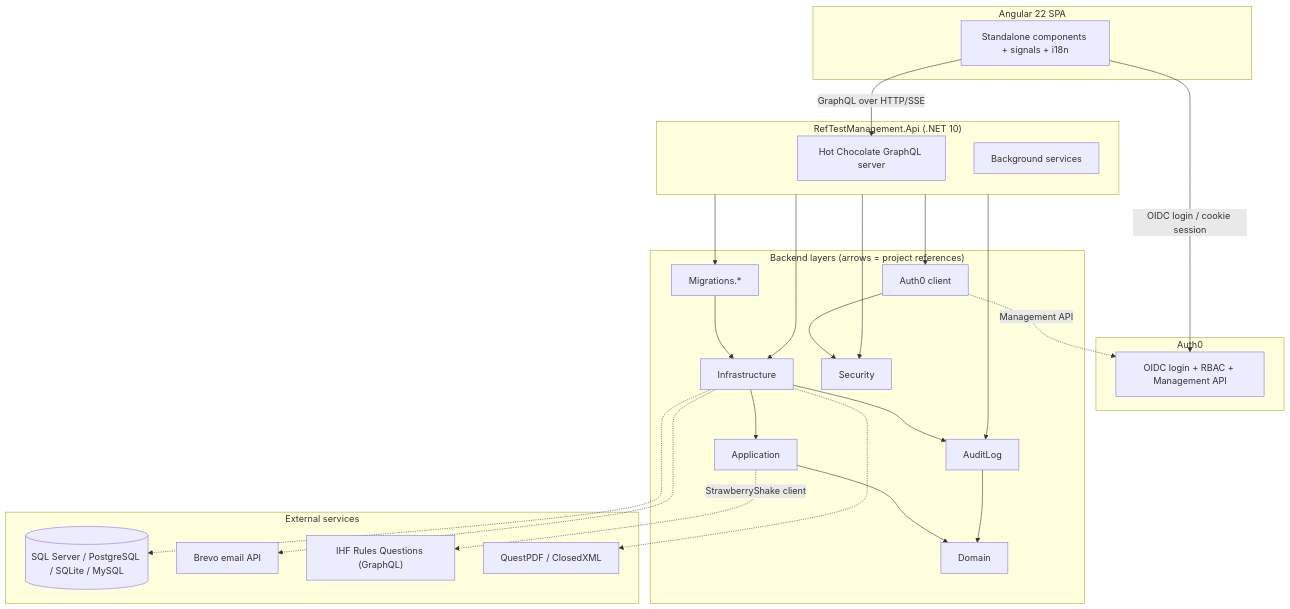
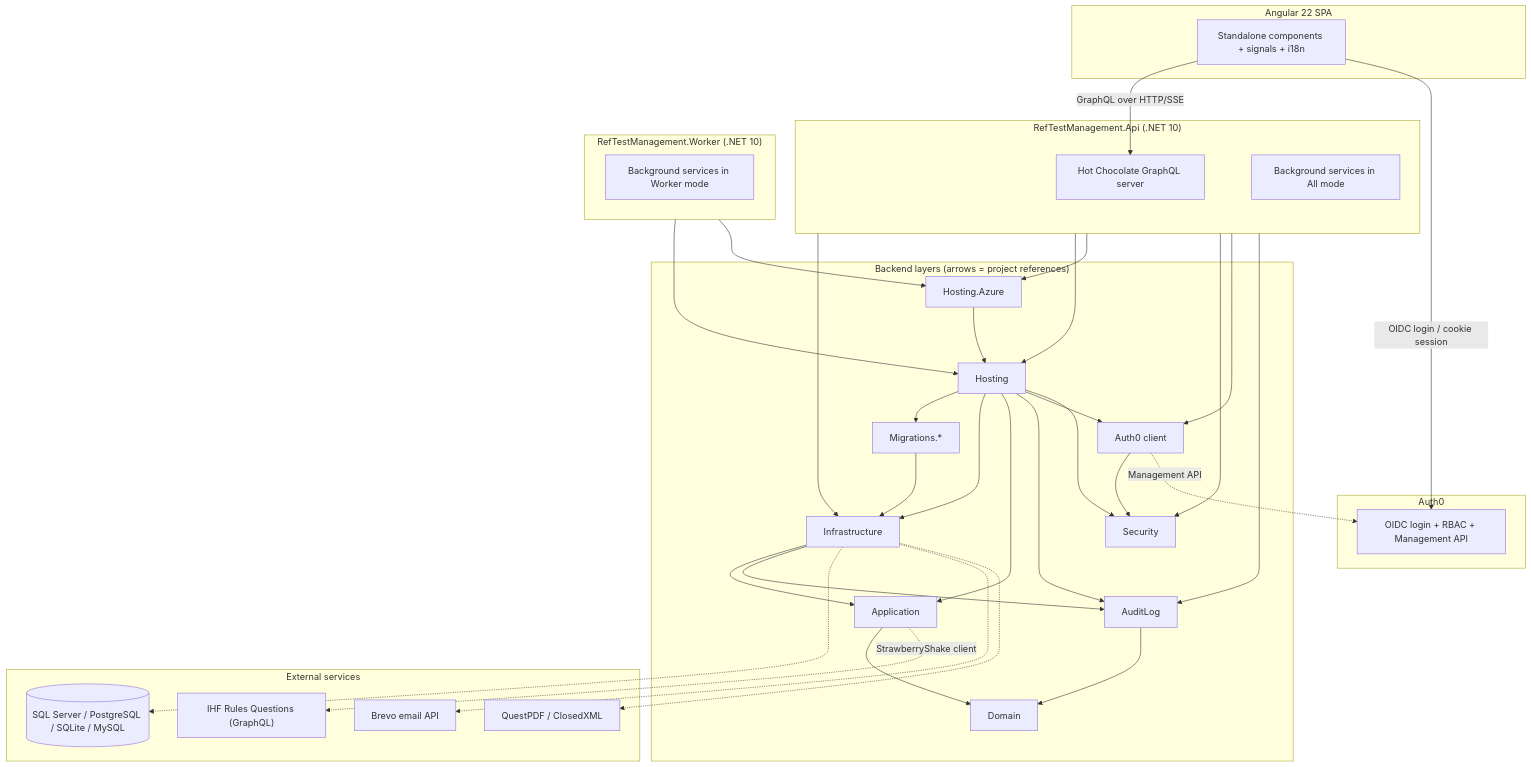
Before and after one commit to handballbelgium-referees/ref-test-management: the diagram in README.md, drawn with Mermaid. The commit also changed other lines of this file and 145 other files, not shown here.

````diff
--- a/README.md
+++ b/README.md
@@ -142,51 +142,67 @@
 ```mermaid
 flowchart TB
     subgraph Client["Angular 22 SPA"]
         UI["Standalone components + signals + i18n"]
     end
 
     subgraph Auth["Auth0"]
         A0["OIDC login + RBAC + Management API"]
     end
 
     subgraph Api["RefTestManagement.Api (.NET 10)"]
         GQL["Hot Chocolate GraphQL server"]
-        BG["Background services"]
+        BG["Background services in All mode"]
+    end
+
+    subgraph Worker["RefTestManagement.Worker (.NET 10)"]
+        WorkerBG["Background services in Worker mode"]
     end
 
     subgraph Layers["Backend layers (arrows = project references)"]
         Infrastructure["Infrastructure"]
+        Hosting["Hosting"]
+        AzureHosting["Hosting.Azure"]
         Application["Application"]
         Domain["Domain"]
         AuditLog["AuditLog"]
         Migrations["Migrations.*"]
         Security["Security"]
         Auth0Proj["Auth0 client"]
     end
 
     subgraph External["External services"]
         DB[("SQL Server / PostgreSQL / SQLite / MySQL")]
         Brevo["Brevo email API"]
         IHF["IHF Rules Questions (GraphQL)"]
         PDF["QuestPDF / ClosedXML"]
     end
 
     UI -->|"GraphQL over HTTP/SSE"| GQL
     UI -->|"OIDC login / cookie session"| A0
     Api --> Infrastructure
-    Api --> Migrations
+    Api --> Hosting
+    Worker --> Hosting
+    Api --> AzureHosting
+    Worker --> AzureHosting
+    AzureHosting --> Hosting
+    Hosting --> Migrations
+    Hosting --> Infrastructure
+    Hosting --> Application
+    Hosting --> AuditLog
+    Hosting --> Auth0Proj
+    Hosting --> Security
     Api --> Security
     Api --> Auth0Proj
     Api --> AuditLog
     Migrations --> Infrastructure
     Infrastructure --> Application
     Infrastructure --> AuditLog
     Application --> Domain
     AuditLog --> Domain
     Auth0Proj --> Security
     Application -.->|"StrawberryShake client"| IHF
     Infrastructure -.-> DB
     Infrastructure -.-> Brevo
     Infrastructure -.-> PDF
     Auth0Proj -.->|"Management API"| A0
 ```
````
